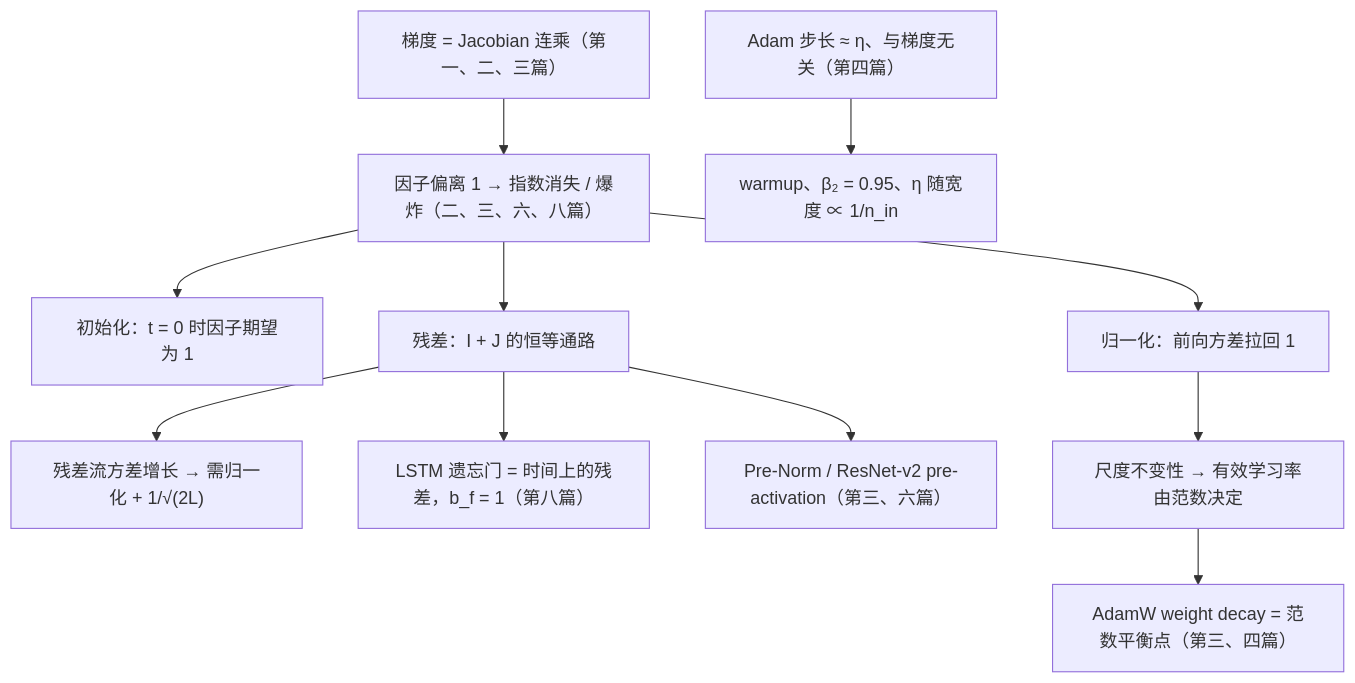
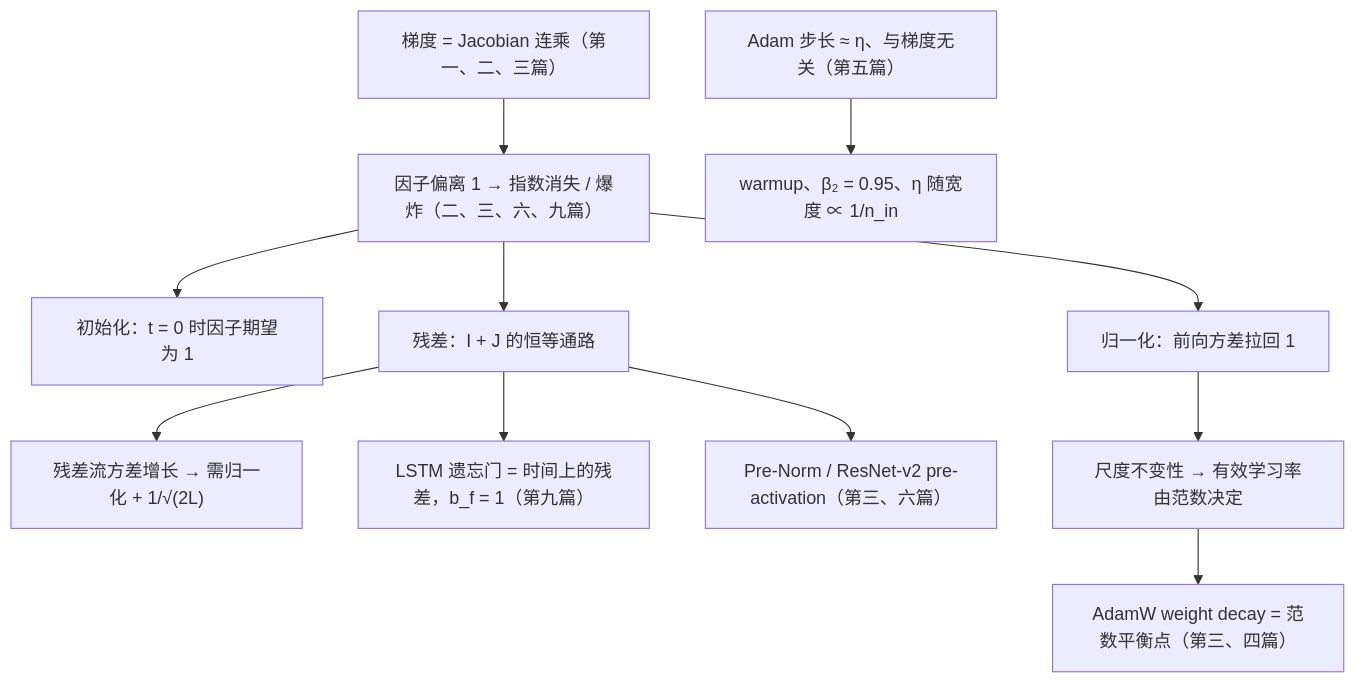
The second of 2 diagrams in _posts/2026-03-29-deep-learning-foundations-series-recap-and-self-test.md (arganzheng/arganzheng.github.com), drawn with Mermaid before and after one commit. The commit also changed other lines of this file and 21 other files, not shown here.

````diff
--- a/_posts/2026-03-29-deep-learning-foundations-series-recap-and-self-test.md
+++ b/_posts/2026-03-29-deep-learning-foundations-series-recap-and-self-test.md
@@ -269,14 +273,14 @@
 ```mermaid
 %% 图：Transformer 部件的来历：连乘导致消失 / 爆炸，三种修法各接一环，残差又带出新的约束
 flowchart TB
-    CHAIN["梯度 = Jacobian 连乘（第一、二、三篇）"] --> VAN["因子偏离 1 → 指数消失 / 爆炸（二、三、六、八篇）"]
+    CHAIN["梯度 = Jacobian 连乘（第一、二、三篇）"] --> VAN["因子偏离 1 → 指数消失 / 爆炸（二、三、六、九篇）"]
     VAN --> INIT["初始化：t = 0 时因子期望为 1"]
     VAN --> NORM["归一化：前向方差拉回 1"]
     VAN --> RES["残差：I + J 的恒等通路"]
     RES --> GROW["残差流方差增长 → 需归一化 + 1/√(2L)"]
-    RES --> LSTM["LSTM 遗忘门 = 时间上的残差，b_f = 1（第八篇）"]
+    RES --> LSTM["LSTM 遗忘门 = 时间上的残差，b_f = 1（第九篇）"]
     RES --> PRE["Pre-Norm / ResNet-v2 pre-activation（第三、六篇）"]
     NORM --> SCALE["尺度不变性 → 有效学习率由范数决定"]
     SCALE --> WD["AdamW weight decay = 范数平衡点（第三、四篇）"]
-    ADAM["Adam 步长 ≈ η、与梯度无关（第四篇）"] --> WARM["warmup、β₂ = 0.95、η 随宽度 ∝ 1/n_in"]
+    ADAM["Adam 步长 ≈ η、与梯度无关（第五篇）"] --> WARM["warmup、β₂ = 0.95、η 随宽度 ∝ 1/n_in"]
 ```
````
